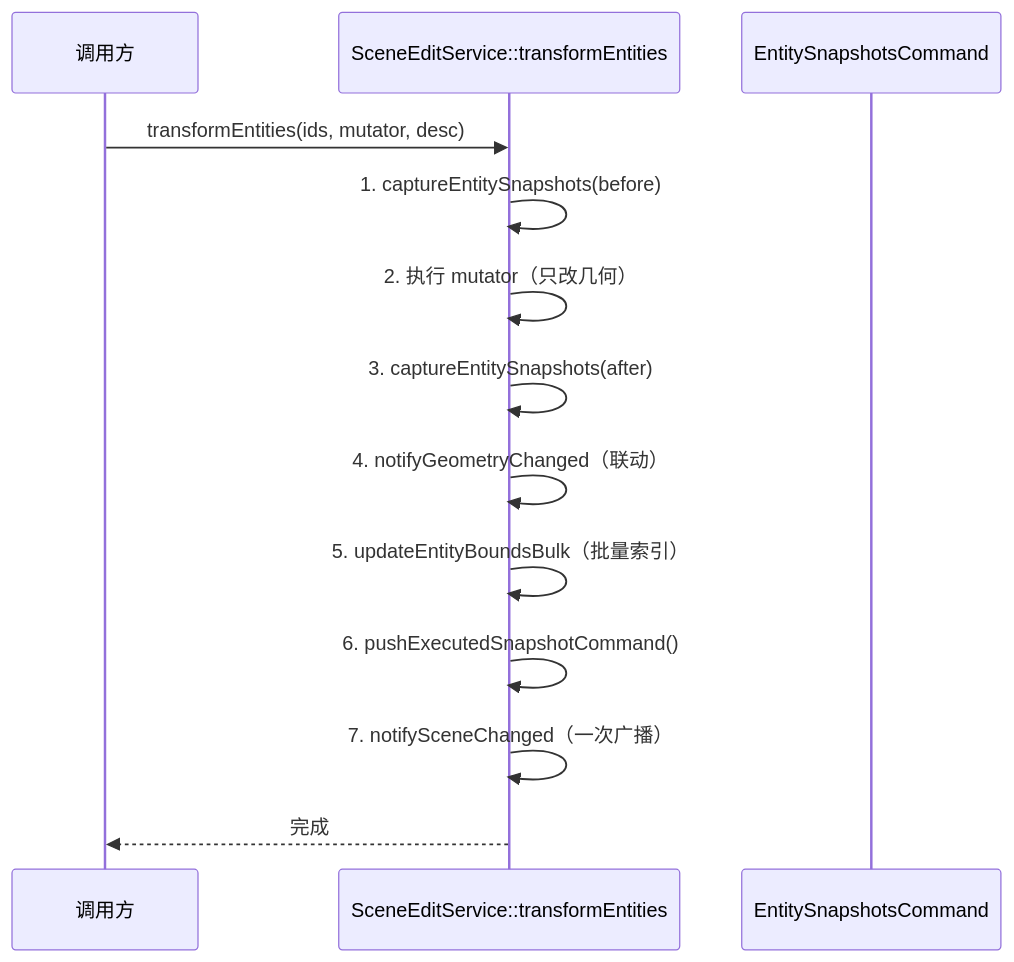
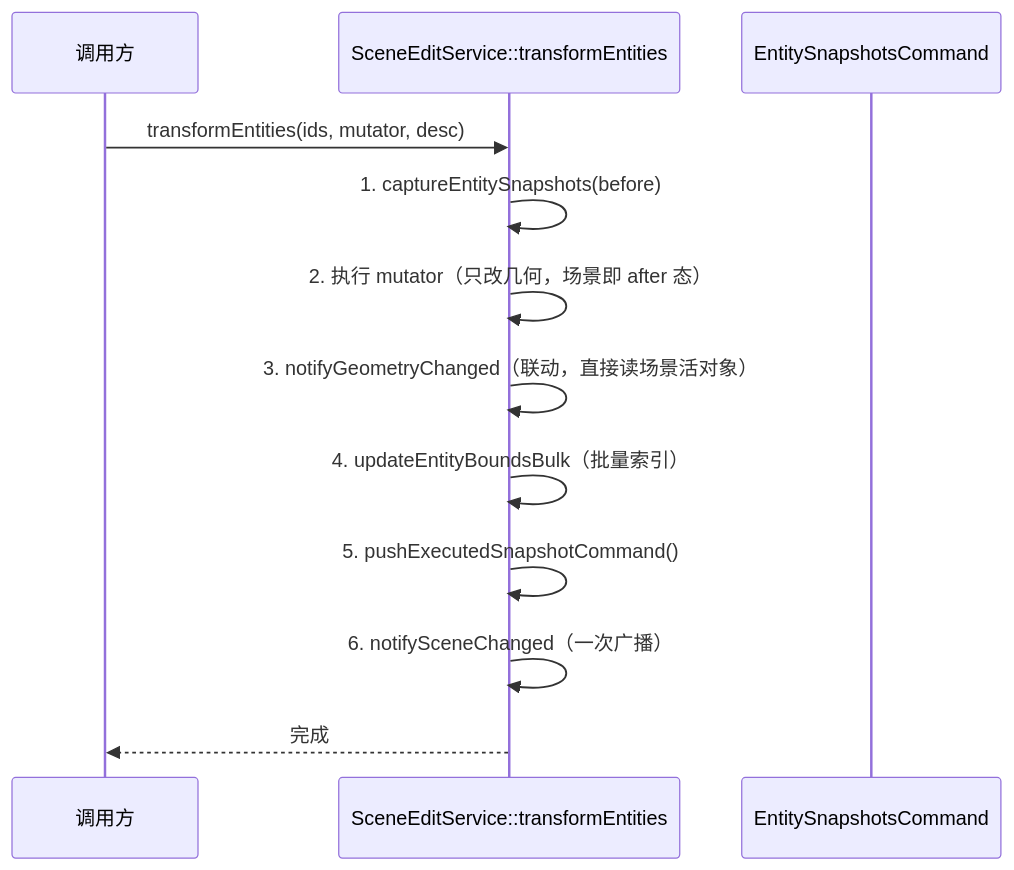
The third of 3 diagrams in Docs/02-变换与交互/图元操作批处理与UI刷新机制.md (yulinxx/CAD), drawn with Mermaid before and after one commit. The commit also changed other lines of this file and 58 other files, not shown here.

````diff
--- a/Docs/02-变换与交互/图元操作批处理与UI刷新机制.md
+++ b/Docs/02-变换与交互/图元操作批处理与UI刷新机制.md
@@ -109,16 +109,15 @@
 ```mermaid
 sequenceDiagram
     participant U as 调用方
     participant S as SceneEditService::transformEntities
     participant E as EntitySnapshotsCommand
 
     U->>S: transformEntities(ids, mutator, desc)
     S->>S: 1. captureEntitySnapshots(before)
-    S->>S: 2. 执行 mutator（只改几何）
-    S->>S: 3. captureEntitySnapshots(after)
-    S->>S: 4. notifyGeometryChanged（联动）
-    S->>S: 5. updateEntityBoundsBulk（批量索引）
-    S->>S: 6. pushExecutedSnapshotCommand()
-    S->>S: 7. notifySceneChanged（一次广播）
+    S->>S: 2. 执行 mutator（只改几何，场景即 after 态）
+    S->>S: 3. notifyGeometryChanged（联动，直接读场景活对象）
+    S->>S: 4. updateEntityBoundsBulk（批量索引）
+    S->>S: 5. pushExecutedSnapshotCommand()
+    S->>S: 6. notifySceneChanged（一次广播）
     S-->>U: 完成
 ```
````
